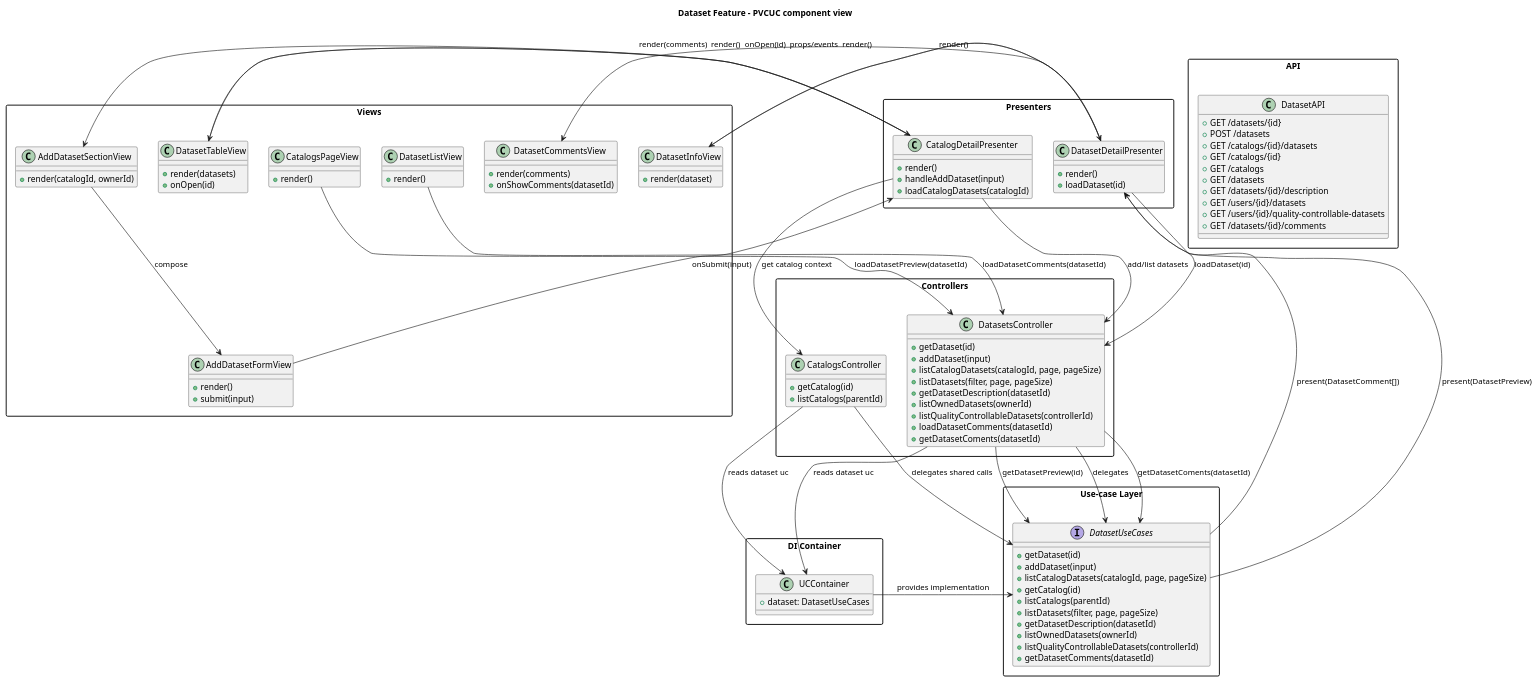
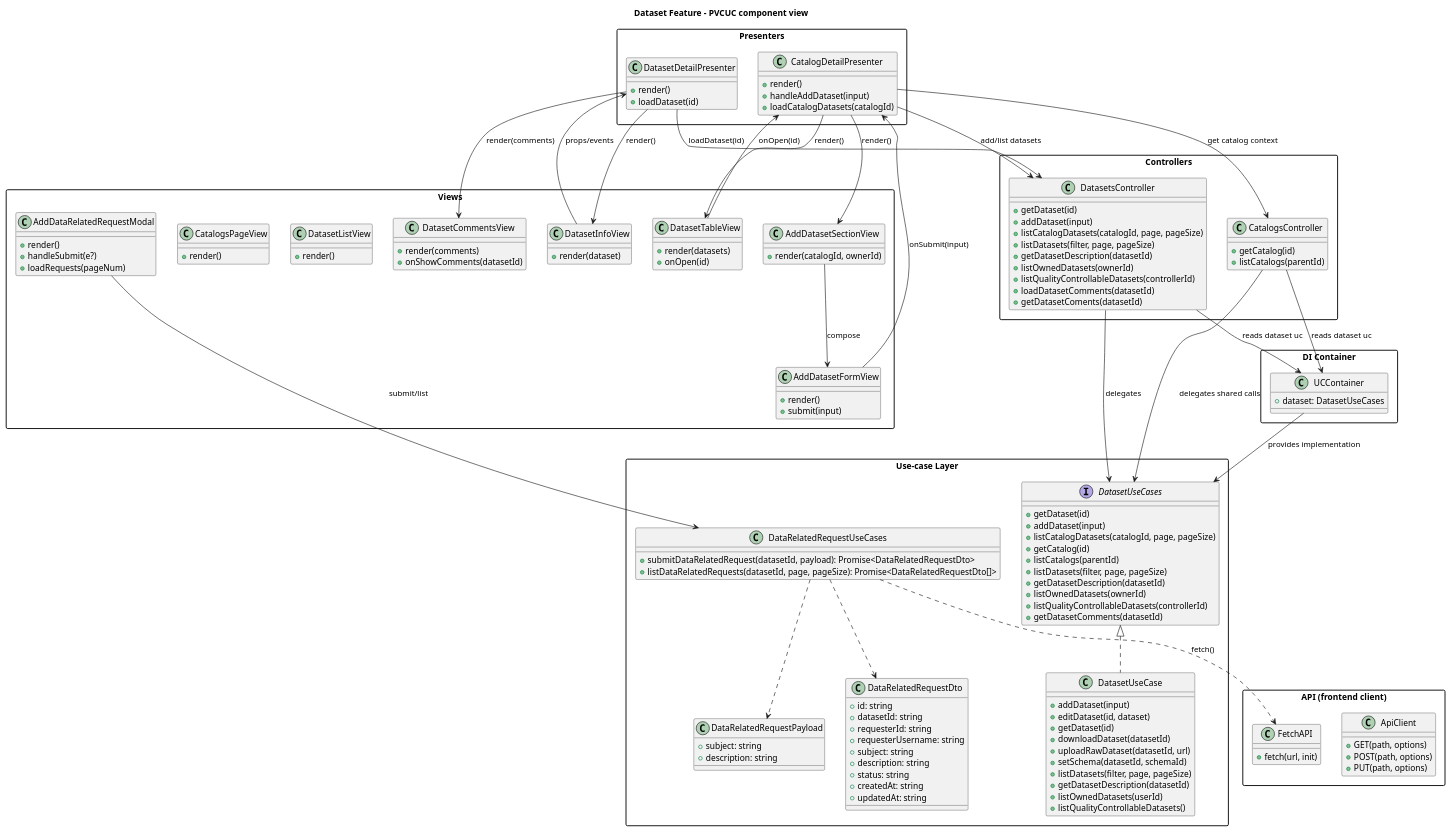
One commit to POP2025-EEPW/doorce-frontend changed the diagram in diagrams/class/datasetModule.puml. Above: the diagram before and after it, drawn with PlantUML. The commit also changed 4 other files, not shown here.

Commit message:
fix: dataRelatedRequest module. separate browse+show requests. fix diagram

```diff
--- a/diagrams/class/datasetModule.puml
+++ b/diagrams/class/datasetModule.puml
@@ -1,129 +1,162 @@
 @startuml
 title Dataset Feature - PVCUC component view
 
 skinparam packageStyle rectangle
 
 package "Views" {
   class DatasetInfoView {
     +render(dataset)
   }
   class AddDatasetFormView {
     +render()
     +submit(input)
   }
   class AddDatasetSectionView {
     +render(catalogId, ownerId)
   }
   class DatasetTableView {
     +render(datasets)
     +onOpen(id)
   }
   class DatasetCommentsView {
     +render(comments)
     +onShowComments(datasetId)
   }
   class DatasetListView {
     +render()
   }
   class CatalogsPageView {
     +render()
+  }
+  class AddDataRelatedRequestModal {
+    +render()
+    +handleSubmit(e?)
+    +loadRequests(pageNum)
   }
 }
 
 package "Presenters" {
   class DatasetDetailPresenter {
     +render()
     +loadDataset(id)
   }
   class CatalogDetailPresenter {
     +render()
     +handleAddDataset(input)
     +loadCatalogDatasets(catalogId)
   }
 }
 
 package "Controllers" {
   class DatasetsController {
     +getDataset(id)
     +addDataset(input)
     +listCatalogDatasets(catalogId, page, pageSize)
     +listDatasets(filter, page, pageSize)
     +getDatasetDescription(datasetId)
     +listOwnedDatasets(ownerId)
     +listQualityControllableDatasets(controllerId)
     +loadDatasetComments(datasetId)
     +getDatasetComents(datasetId)
   }
   class CatalogsController {
     +getCatalog(id)
     +listCatalogs(parentId)
   }
 }
 
 package "Use-case Layer" {
   interface DatasetUseCases {
     +getDataset(id)
     +addDataset(input)
     +listCatalogDatasets(catalogId, page, pageSize)
     +getCatalog(id)
     +listCatalogs(parentId)
     +listDatasets(filter, page, pageSize)
     +getDatasetDescription(datasetId)
     +listOwnedDatasets(ownerId)
     +listQualityControllableDatasets(controllerId)
     +getDatasetComments(datasetId)
   }
+
+  class DatasetUseCase {
+    +addDataset(input)
+    +editDataset(id, dataset)
+    +getDataset(id)
+    +downloadDataset(datasetId)
+    +uploadRawDataset(datasetId, url)
+    +setSchema(datasetId, schemaId)
+    +listDatasets(filter, page, pageSize)
+    +getDatasetDescription(datasetId)
+    +listOwnedDatasets(userId)
+    +listQualityControllableDatasets()
+  }
+
+  class DataRelatedRequestUseCases {
+    +submitDataRelatedRequest(datasetId, payload): Promise<DataRelatedRequestDto>
+    +listDataRelatedRequests(datasetId, page, pageSize): Promise<DataRelatedRequestDto[]>
+  }
+
+  class DataRelatedRequestPayload {
+    +subject: string
+    +description: string
+  }
+
+  class DataRelatedRequestDto {
+    +id: string
+    +datasetId: string
+    +requesterId: string
+    +requesterUsername: string
+    +subject: string
+    +description: string
+    +status: string
+    +createdAt: string
+    +updatedAt: string
+  }
 }
 
 package "DI Container" {
   class UCContainer {
     +dataset: DatasetUseCases
   }
 }
 
-package "API" {
-  class DatasetAPI {
-    +GET /datasets/{id}
-    +POST /datasets
-    +GET /catalogs/{id}/datasets
-    +GET /catalogs/{id}
-    +GET /catalogs
-    +GET /datasets
-    +GET /datasets/{id}/description
-    +GET /users/{id}/datasets
-    +GET /users/{id}/quality-controllable-datasets
-    +GET /datasets/{id}/comments
+package "API (frontend client)" {
+  class ApiClient {
+    +GET(path, options)
+    +POST(path, options)
+    +PUT(path, options)
+  }
+  class FetchAPI {
+    +fetch(url, init)
   }
 }
 
 DatasetDetailPresenter --> DatasetInfoView : render()
 DatasetInfoView --> DatasetDetailPresenter : props/events
 DatasetDetailPresenter --> DatasetsController : loadDataset(id)
 
 CatalogDetailPresenter --> DatasetTableView : render()
 DatasetTableView --> CatalogDetailPresenter : onOpen(id)
 CatalogDetailPresenter --> AddDatasetSectionView : render()
 AddDatasetSectionView --> AddDatasetFormView : compose
 AddDatasetFormView --> CatalogDetailPresenter : onSubmit(input)
 CatalogDetailPresenter --> DatasetsController : add/list datasets
 CatalogDetailPresenter --> CatalogsController : get catalog context
 DatasetDetailPresenter --> DatasetCommentsView : render(comments)
 
 DatasetsController --> DatasetUseCases : delegates
 CatalogsController --> DatasetUseCases : delegates shared calls
-DatasetsController --> DatasetUseCases : getDatasetComents(datasetId)
-DatasetsController --> DatasetUseCases : getDatasetPreview(id)
 
 DatasetsController --> UCContainer : reads dataset uc
 CatalogsController --> UCContainer : reads dataset uc
 UCContainer --> DatasetUseCases : provides implementation
 
-DatasetListView --> DatasetsController : loadDatasetComments(datasetId)
-CatalogsPageView --> DatasetsController :  loadDatasetPreview(datasetId)
+AddDataRelatedRequestModal --> DataRelatedRequestUseCases : submit/list
+DataRelatedRequestUseCases ..> FetchAPI : fetch()
 
-DatasetUseCases --> DatasetDetailPresenter : present(DatasetComment[])
-DatasetUseCases --> DatasetDetailPresenter : present(DatasetPreview)
-
-
+DatasetUseCases <|.. DatasetUseCase
+DataRelatedRequestUseCases ..> DataRelatedRequestPayload
+DataRelatedRequestUseCases ..> DataRelatedRequestDto
 
 @enduml
```
